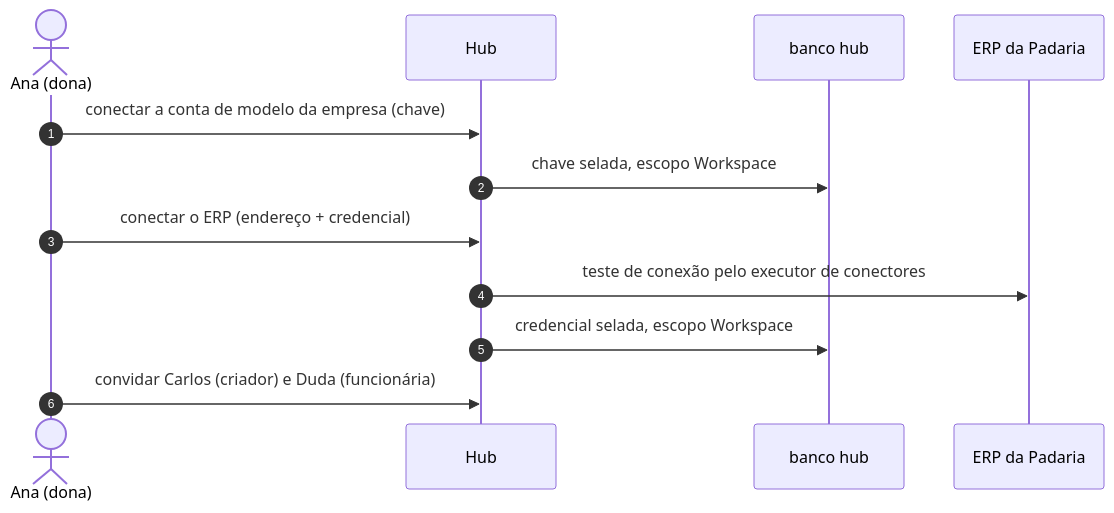
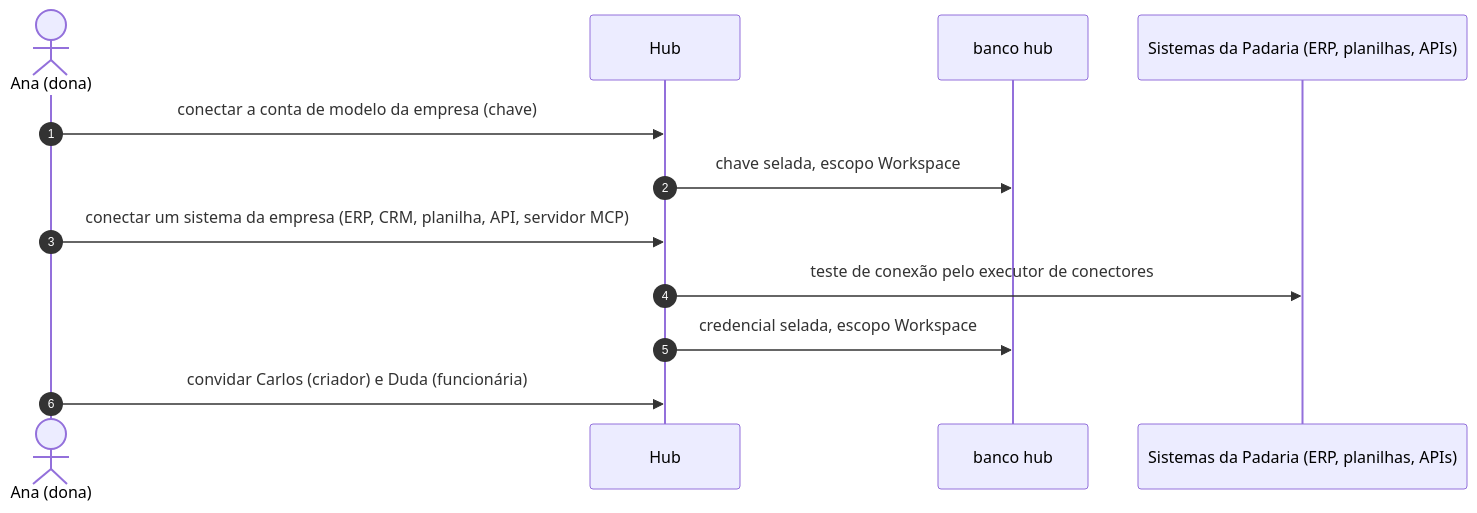
Before and after one commit to developmentconexus-ops/conexus-os: the fourth of 8 diagrams in docs/research/architecture/target-design.md, drawn with Mermaid. The commit also changed other lines of this file and 1 other file, not shown here.

First line of the commit message:
docs(research): record the operator's batch answers; integrations beyond ERP; one domain

````diff
--- a/docs/research/architecture/target-design.md
+++ b/docs/research/architecture/target-design.md
@@ -263,14 +286,14 @@
 ```mermaid
 sequenceDiagram
   autonumber
   actor Ana as Ana (dona)
   participant Hub as Hub
   participant DB as banco hub
-  participant ERP as ERP da Padaria
+  participant ERP as Sistemas da Padaria (ERP, planilhas, APIs)
   Ana->>Hub: conectar a conta de modelo da empresa (chave)
   Hub->>DB: chave selada, escopo Workspace
-  Ana->>Hub: conectar o ERP (endereço + credencial)
+  Ana->>Hub: conectar um sistema da empresa (ERP, CRM, planilha, API, servidor MCP)
   Hub->>ERP: teste de conexão pelo executor de conectores
   Hub->>DB: credencial selada, escopo Workspace
   Ana->>Hub: convidar Carlos (criador) e Duda (funcionária)
 ```
````
